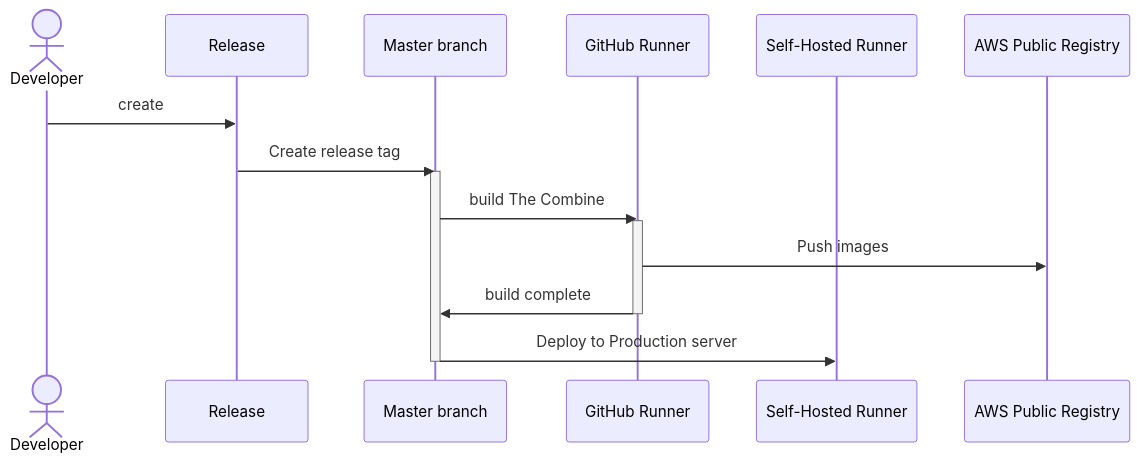
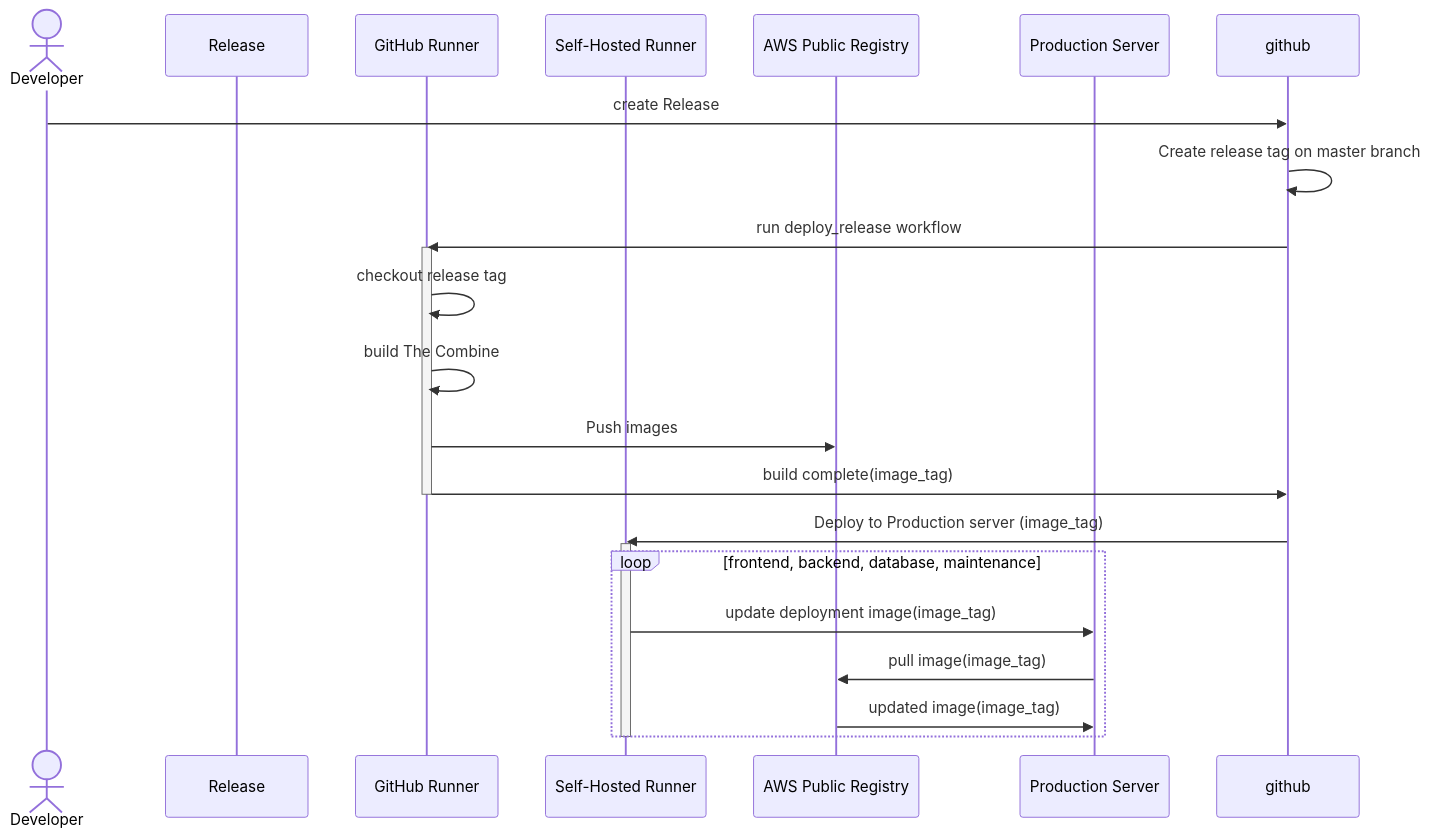
One commit to sillsdev/TheCombine changed the second of 2 diagrams in README.md. Above: the diagram before and after it, drawn with Mermaid. The commit also changed other lines of this file, not shown here.

Commit message:
Update CI/CD sequence diagrams

````diff
--- a/README.md
+++ b/README.md
@@ -1006,19 +1016,26 @@
 ```mermaid
 sequenceDiagram
    actor Developer
    participant Release
-   participant master as Master branch
-   participant GH as GitHub Runner
-   participant SH as Self-Hosted Runner
+   participant gh_runner as GitHub Runner
+   participant sh_runner as Self-Hosted Runner
    participant reg as AWS Public Registry
-   Developer ->> Release: create
-   Release ->> master: Create release tag
-   activate master
-   master ->> GH: build The Combine
-   activate GH
-   GH ->> reg: Push images
-   GH ->> master: build complete
-   deactivate GH
-   master ->> SH: Deploy to Production server
-   deactivate master
+   participant server as Production Server
+   Developer ->> github: create Release
+   github ->> github: Create release tag on master branch
+   github ->> gh_runner: run deploy_release workflow
+   activate gh_runner
+   gh_runner ->> gh_runner: checkout release tag
+   gh_runner ->> gh_runner: build The Combine
+   gh_runner ->> reg: Push images
+   gh_runner ->> github: build complete(image_tag)
+   deactivate gh_runner
+   github ->> sh_runner: Deploy to Production server (image_tag)
+   activate sh_runner
+   loop frontend, backend, database, maintenance
+      sh_runner ->> server: update deployment image(image_tag)
+      server ->> reg: pull image(image_tag)
+      reg ->> server: updated image(image_tag)
+   end
+   deactivate sh_runner
 ```
````
